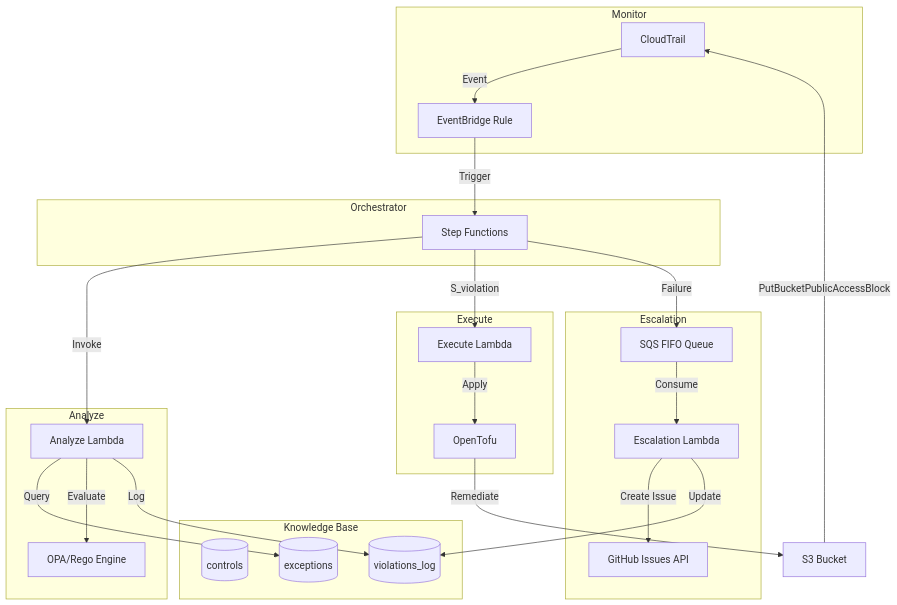
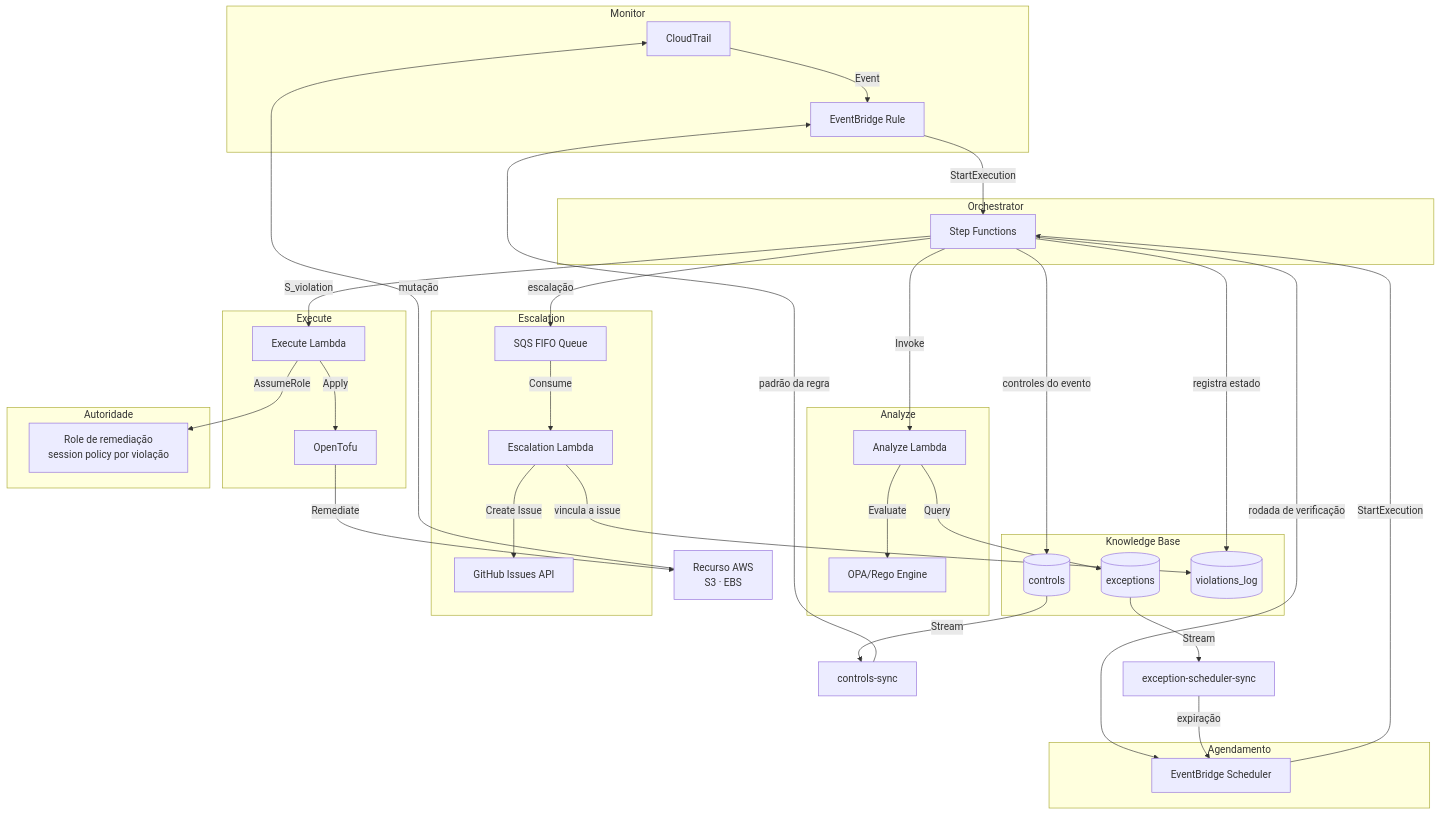
The first of 6 diagrams in .kiro/specs/mvp-compliance-automation-loop/design.md (ricardoandreh/compliance-loop), drawn with Mermaid before and after one commit. The commit also changed other lines of this file and 3 other files, not shown here.

````diff
--- a/.kiro/specs/mvp-compliance-automation-loop/design.md
+++ b/.kiro/specs/mvp-compliance-automation-loop/design.md
@@ -42,48 +42,62 @@
 ```mermaid
 graph TB
     subgraph "Monitor"
         CT[CloudTrail]
         EB[EventBridge Rule]
     end
     
     subgraph "Orchestrator"
         SF[Step Functions]
     end
     
     subgraph "Analyze"
         AL[Analyze Lambda]
         OPA[OPA/Rego Engine]
     end
     
     subgraph "Execute"
         EL[Execute Lambda]
         TF[OpenTofu]
     end
     
     subgraph "Knowledge Base"
         DB1[(controls)]
         DB2[(exceptions)]
         DB3[(violations_log)]
     end
     
     subgraph "Escalation"
         SQS[SQS FIFO Queue]
         ESC[Escalation Lambda]
         GH[GitHub Issues API]
     end
     
-    S3[S3 Bucket] -->|PutBucketPublicAccessBlock| CT
+    subgraph "Autoridade"
+        RR[Role de remediação<br/>session policy por violação]
+    end
+
+    subgraph "Agendamento"
+        SCH[EventBridge Scheduler]
+    end
+
+    RES[Recurso AWS<br/>S3 · EBS] -->|mutação| CT
     CT -->|Event| EB
-    EB -->|Trigger| SF
+    EB -->|StartExecution| SF
+    DB1 -->|Stream| CS[controls-sync] -->|padrão da regra| EB
+    SF -->|controles do evento| DB1
     SF -->|Invoke| AL
     AL -->|Query| DB2
     AL -->|Evaluate| OPA
-    AL -->|Log| DB3
+    SF -->|registra estado| DB3
     SF -->|S_violation| EL
+    EL -->|AssumeRole| RR
     EL -->|Apply| TF
-    TF -->|Remediate| S3
-    SF -->|Failure| SQS
+    TF -->|Remediate| RES
+    SF -->|rodada de verificação| SCH
+    DB2 -->|Stream| XS[exception-scheduler-sync] -->|expiração| SCH
+    SCH -->|StartExecution| SF
+    SF -->|escalação| SQS
     SQS -->|Consume| ESC
     ESC -->|Create Issue| GH
-    ESC -->|Update| DB3
+    ESC -->|vincula a issue| DB3
 ```
````
